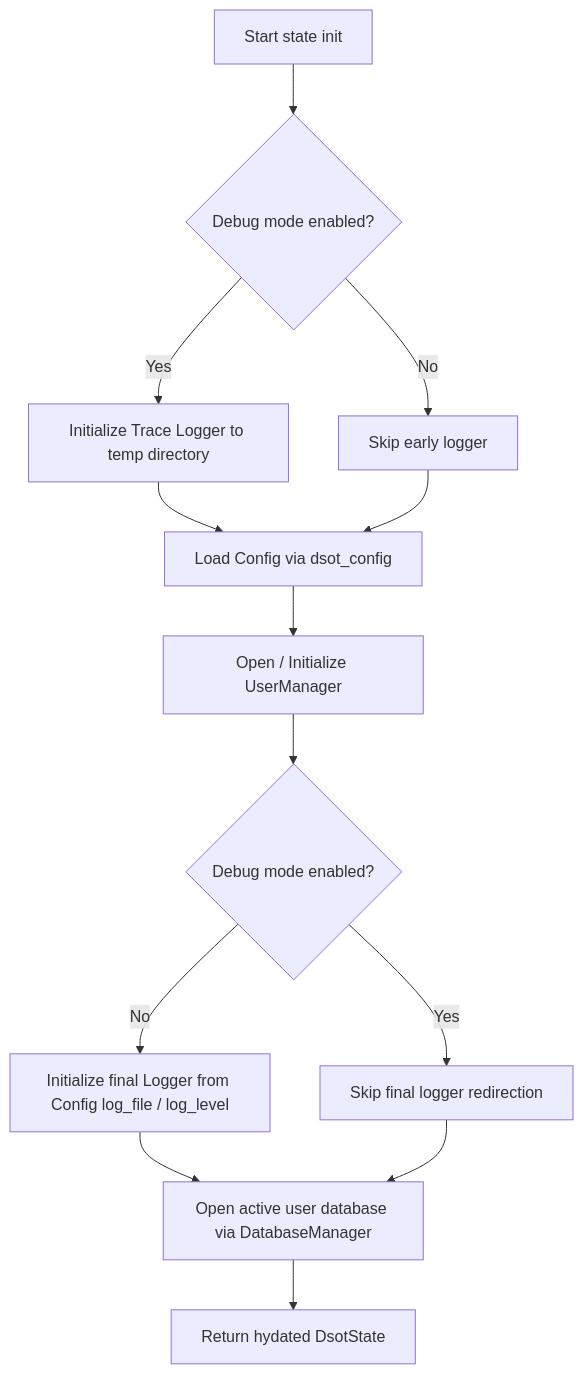
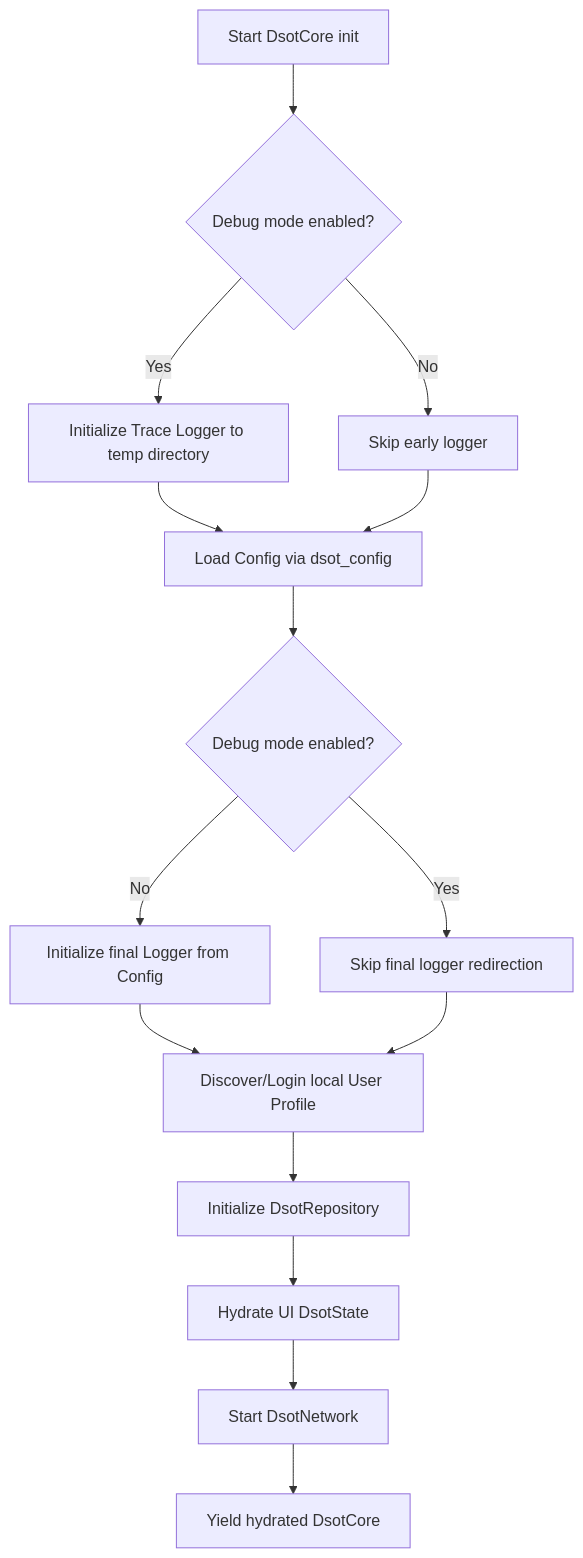
The diagram in docs/diagrams/state_initialization.mermaid (Davidblkx/dsot), drawn with Mermaid before and after one commit. The commit also changed 9 other files, not shown here.

First line of the commit message:
Refactor crate architecture and rename UI components

```diff
--- a/docs/diagrams/state_initialization.mermaid
+++ b/docs/diagrams/state_initialization.mermaid
@@ -1,18 +1,20 @@
 graph TD
-    A[Start state init] --> B{Debug mode enabled?}
+    A[Start DsotCore init] --> B{Debug mode enabled?}
     B -- Yes --> C[Initialize Trace Logger to temp directory]
     B -- No --> D[Skip early logger]
     
     C --> E[Load Config via dsot_config]
     D --> E
     
-    E --> F[Open / Initialize UserManager]
-    F --> G{Debug mode enabled?}
+    E --> F{Debug mode enabled?}
     
-    G -- No --> H[Initialize final Logger from Config log_file / log_level]
-    G -- Yes --> I[Skip final logger redirection]
+    F -- No --> G[Initialize final Logger from Config]
+    F -- Yes --> H[Skip final logger redirection]
     
-    H --> J[Open active user database via DatabaseManager]
-    I --> J
+    G --> I[Discover/Login local User Profile]
+    H --> I
     
-    J --> K[Return hydated DsotState]
+    I --> J[Initialize DsotRepository]
+    J --> K[Hydrate UI DsotState]
+    K --> L[Start DsotNetwork]
+    L --> M[Yield hydrated DsotCore]
```
